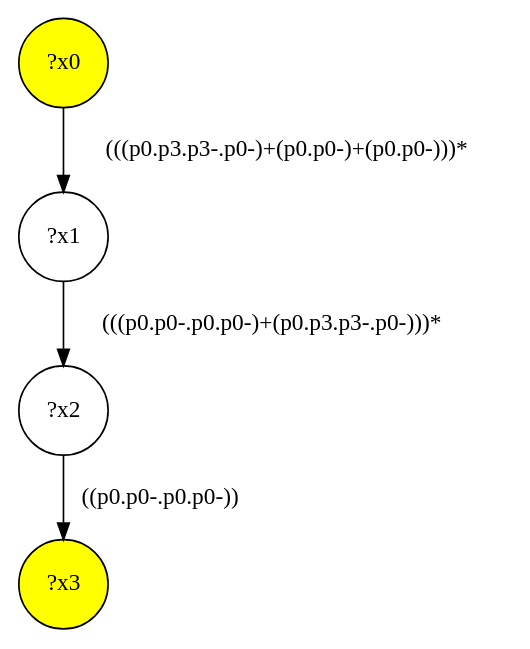
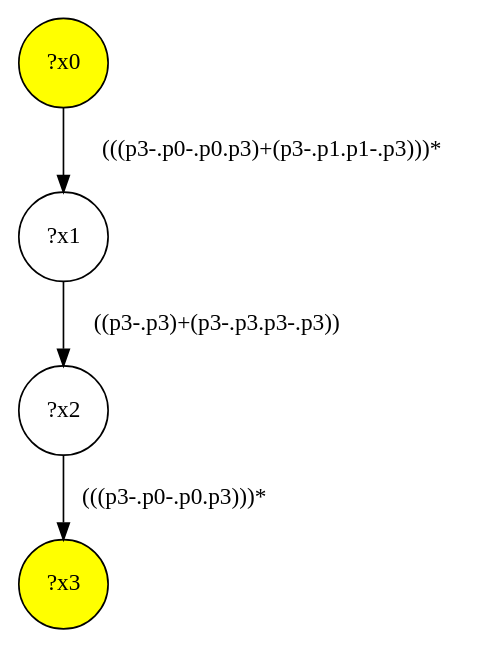
One commit to gbagan/gmark changed the diagram in src/queryinterface/interface-queries/query-28.dot. Above: the diagram before and after it, drawn with Graphviz. The commit also changed 154 other files, not shown here.

```diff
--- a/src/queryinterface/interface-queries/query-28.dot
+++ b/src/queryinterface/interface-queries/query-28.dot
@@ -1,9 +1,9 @@
 digraph g {
 	x0 [fillcolor="yellow", style="filled," shape=circle, label="?x0"];
 	x3 [fillcolor="yellow", style="filled," shape=circle, label="?x3"];
 	x1 [shape=circle, label="?x1"];
-	x0 -> x1 [label="(((p0.p3.p3-.p0-)+(p0.p0-)+(p0.p0-)))*"];
+	x0 -> x1 [label="(((p3-.p0-.p0.p3)+(p3-.p1.p1-.p3)))*"];
 	x2 [shape=circle, label="?x2"];
-	x1 -> x2 [label="(((p0.p0-.p0.p0-)+(p0.p3.p3-.p0-)))*"];
-	x2 -> x3 [label="((p0.p0-.p0.p0-))"];
+	x1 -> x2 [label="((p3-.p3)+(p3-.p3.p3-.p3))"];
+	x2 -> x3 [label="(((p3-.p0-.p0.p3)))*"];
 }
```
